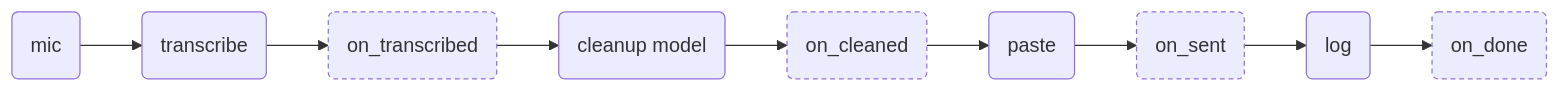
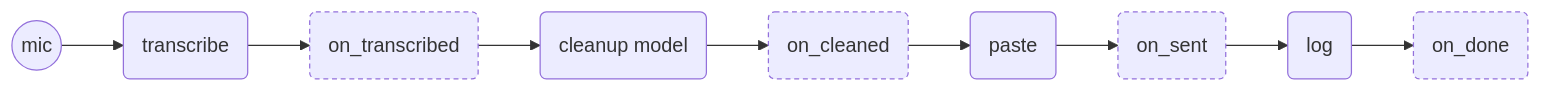
Before and after one commit to nigelgilbert/KikuFlow: the diagram in docs/hooks.md, drawn with Mermaid.

Commit message:
Draw the mic as a circle in the lifecycle diagram

````diff
--- a/docs/hooks.md
+++ b/docs/hooks.md
@@ -6,6 +6,6 @@
 ```mermaid
 flowchart LR
-    mic(mic) --> stt(transcribe) --> t(on_transcribed):::hook --> clean(cleanup model)
+    mic((mic)) --> stt(transcribe) --> t(on_transcribed):::hook --> clean(cleanup model)
     clean --> c(on_cleaned):::hook --> paste(paste) --> s(on_sent):::hook --> log(log) --> d(on_done):::hook
     classDef hook stroke-dasharray: 4 3
 ```
````
